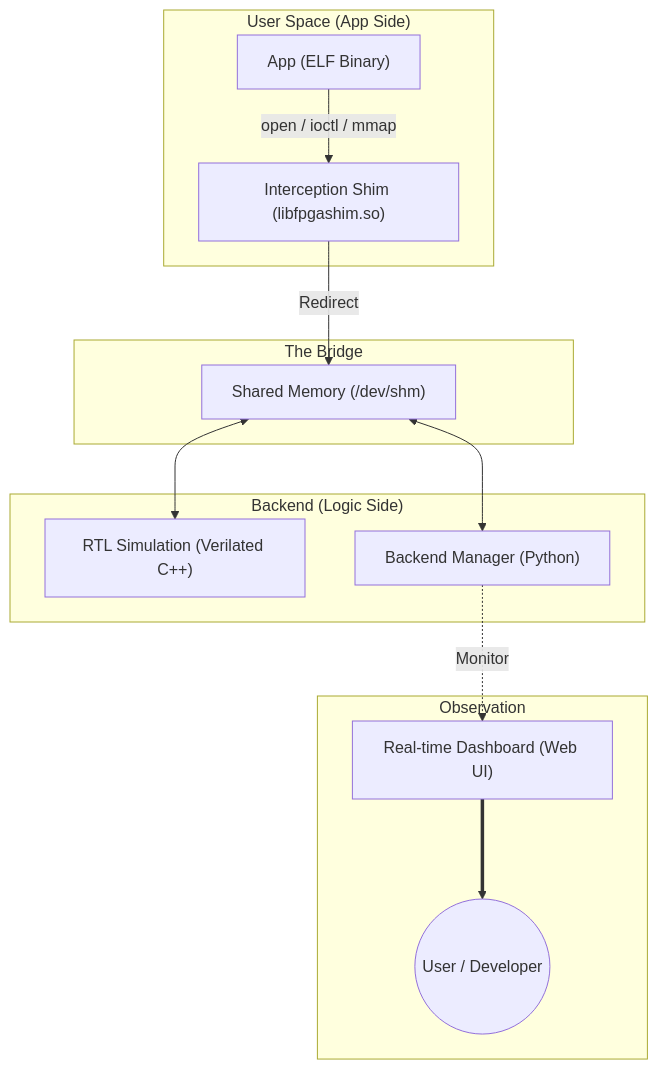
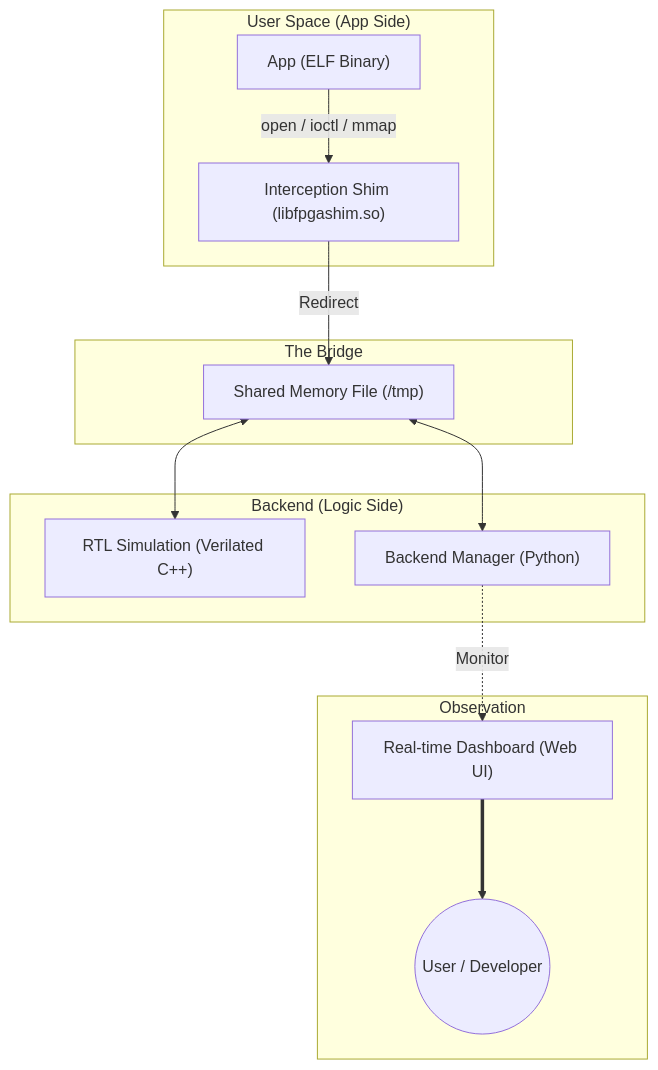
Before and after one commit to sirosiro/VirtualFPGALab: the diagram in spec.md, drawn with Mermaid. The commit also changed other lines of this file and 7 other files, not shown here.

````diff
--- a/spec.md
+++ b/spec.md
@@ -31,20 +31,20 @@
 ```mermaid
 graph TD
     subgraph "User Space (App Side)"
         App["App (ELF Binary)"] -- "open / ioctl / mmap" --> Shim["Interception Shim (libfpgashim.so)"]
     end
 
     subgraph "The Bridge"
-        Shim -- "Redirect" --> SHM["Shared Memory (/dev/shm)"]
+        Shim -- "Redirect" --> SHM["Shared Memory File (/tmp)"]
     end
 
     subgraph "Backend (Logic Side)"
         SHM <--> Sim["RTL Simulation (Verilated C++)"]
         SHM <--> Controller["Backend Manager (Python)"]
     end
 
     subgraph "Observation"
         Controller -. "Monitor" .-> Dashboard["Real-time Dashboard (Web UI)"]
         Dashboard ===> User((User / Developer))
     end
 ```
````
